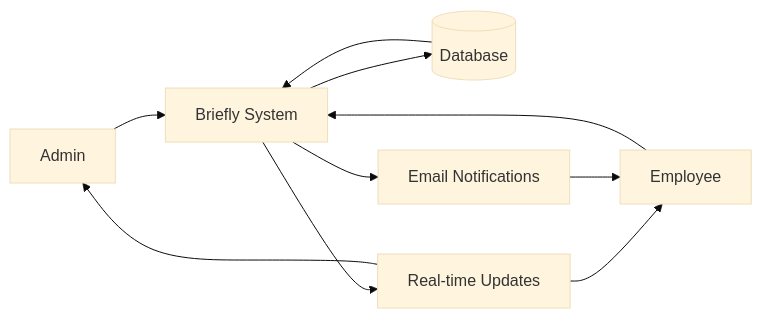
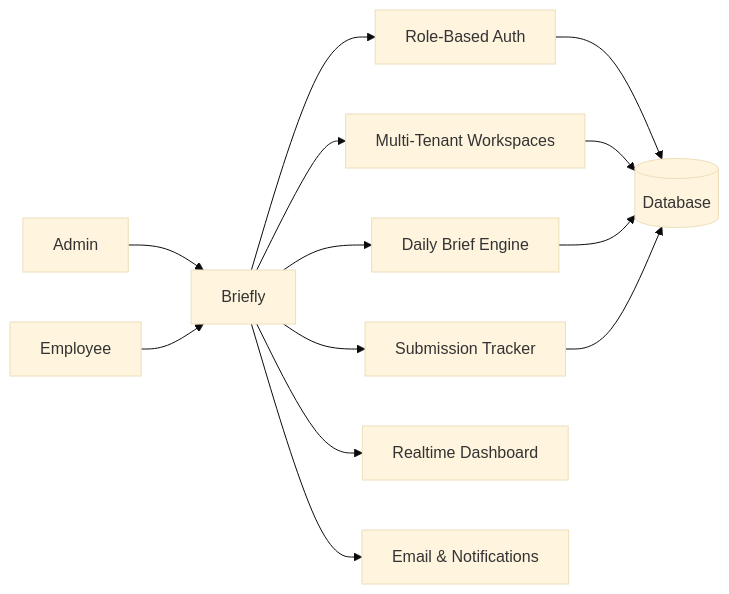
One commit to realAbdullah4504/realAbdullah4504.github.io changed the diagram in briefly/case-study.md. Above: the diagram before and after it, drawn with Mermaid (base theme). The commit also changed 7 other files, not shown here.

````diff
--- a/briefly/case-study.md
+++ b/briefly/case-study.md
@@ -35,15 +35,17 @@
 ```mermaid
-flowchart LR
+    flowchart LR
+        Admin[Admin] --> App[Briefly]
+        Employee[Employee] --> App
 
-    Admin[Admin] --> App[Briefly System]
-    Employee[Employee] --> App
+        App --> Auth[Role-Based Auth]
+        App --> Workspace[Multi-Tenant Workspaces]
+        App --> Briefs[Daily Brief Engine]
+        App --> Submissions[Submission Tracker]
+        App --> Realtime[Realtime Dashboard]
+        App --> Email[Email & Notifications]
 
-    App --> DB[(Database)]
-    App --> Email[Email Notifications]
-    App --> Realtime[Real-time Updates]
-
-    DB --> App
-    Realtime --> Admin
-    Realtime --> Employee
-    Email --> Employee
+        Auth --> DB[(Database)]
+        Workspace --> DB
+        Briefs --> DB
+        Submissions --> DB
 ```
````
